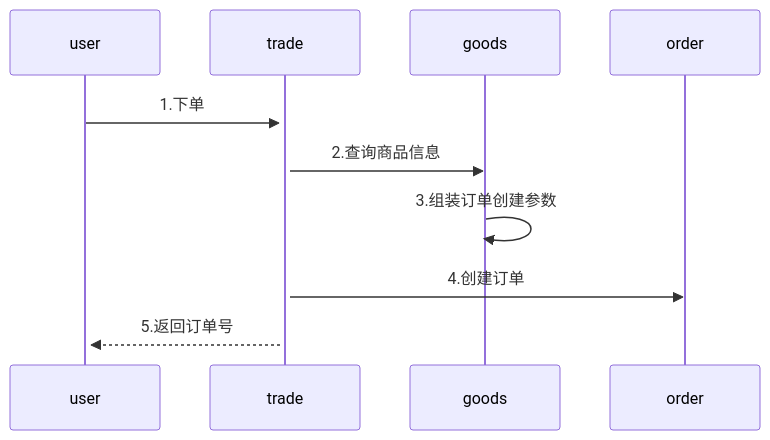
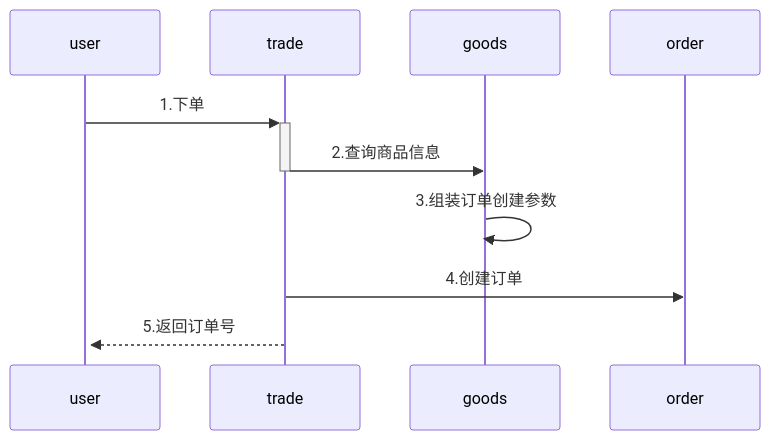
The diagram in all/未命名-6.md (yingjianzh/iodraw-files), drawn with Mermaid before and after one commit.

Commit message:
2024-08-19 15:08:59 update

````diff
--- a/all/未命名-6.md
+++ b/all/未命名-6.md
@@ -1,8 +1,8 @@
 ```mermaid
 sequenceDiagram
     user->>+trade: 1.下单
-    trade->>goods: 2.查询商品信息
+    trade->>-goods: 2.查询商品信息
     goods->>goods: 3.组装订单创建参数
     trade->>order: 4.创建订单
     trade-->>+user: 5.返回订单号
 ```
````
